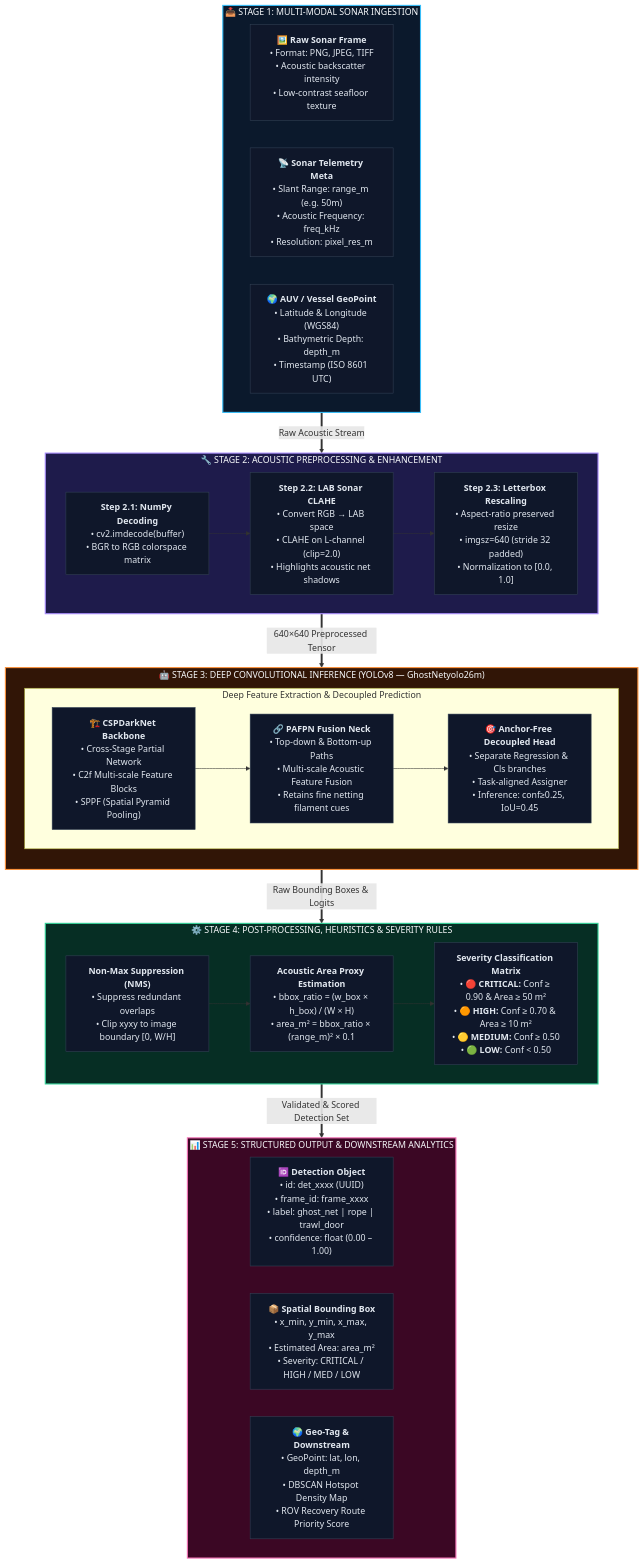
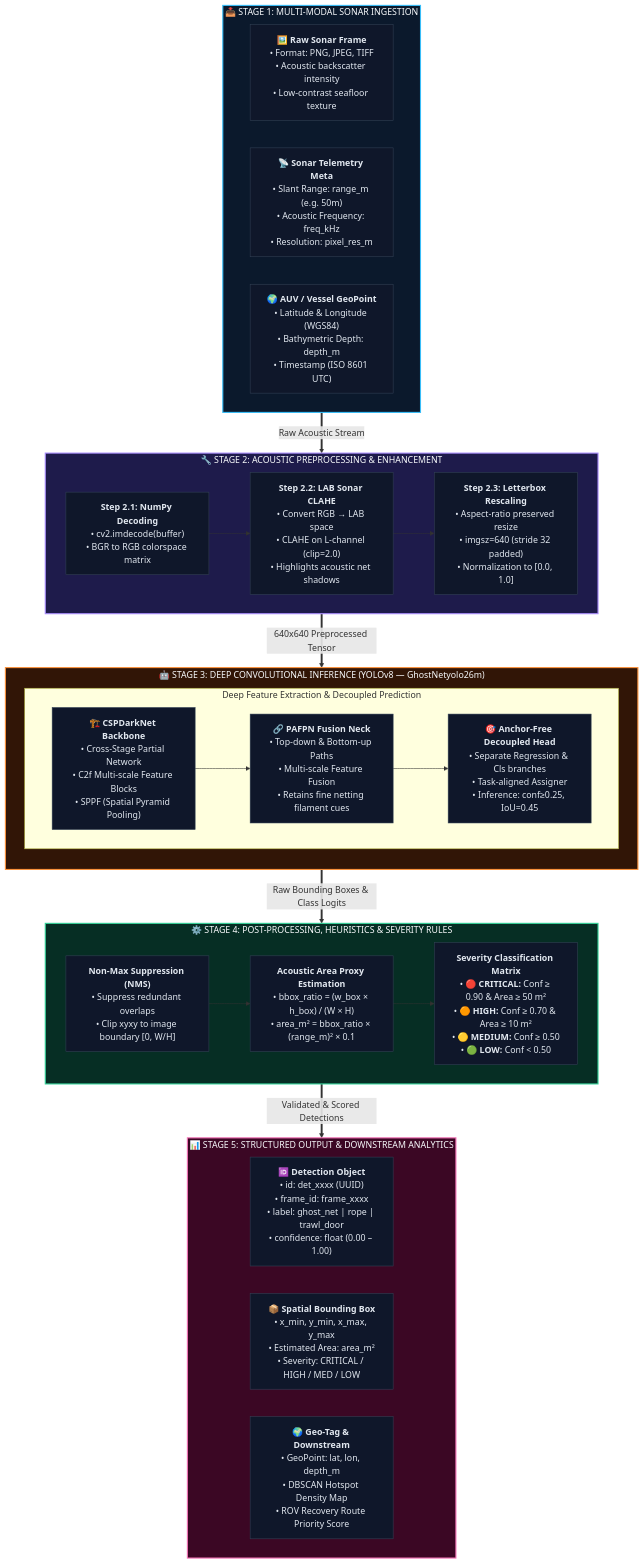
Before and after one commit to SGSShaurya5497/ghostnet: the second of 2 diagrams in README.md, drawn with Mermaid. The commit also changed other lines of this file, not shown here.

Commit message:
fix(docs): quote edge labels and format node arrows for GitHub Mermaid renderer

````diff
--- a/README.md
+++ b/README.md
@@ -106,66 +106,71 @@
 ```mermaid
 flowchart TB
     %% =======================================================
     %% GHOSTNET COMPUTER VISION INFERENCE PIPELINE
     %% =======================================================
 
     subgraph STAGE1 ["📥 STAGE 1: MULTI-MODAL SONAR INGESTION"]
         direction LR
         IN1["🖼️ <b>Raw Sonar Frame</b><br/>• Format: PNG, JPEG, TIFF<br/>• Acoustic backscatter intensity<br/>• Low-contrast seafloor texture"]
         IN2["📡 <b>Sonar Telemetry Meta</b><br/>• Slant Range: range_m (e.g. 50m)<br/>• Acoustic Frequency: freq_kHz<br/>• Resolution: pixel_res_m"]
         IN3["🌍 <b>AUV / Vessel GeoPoint</b><br/>• Latitude & Longitude (WGS84)<br/>• Bathymetric Depth: depth_m<br/>• Timestamp (ISO 8601 UTC)"]
     end
 
     subgraph STAGE2 ["🔧 STAGE 2: ACOUSTIC PREPROCESSING & ENHANCEMENT"]
         direction LR
         PR1["<b>Step 2.1: NumPy Decoding</b><br/>• cv2.imdecode(buffer)<br/>• BGR to RGB colorspace matrix"]
-        --> PR2["<b>Step 2.2: LAB Sonar CLAHE</b><br/>• Convert RGB → LAB space<br/>• CLAHE on L-channel (clip=2.0)<br/>• Highlights acoustic net shadows"]
-        --> PR3["<b>Step 2.3: Letterbox Rescaling</b><br/>• Aspect-ratio preserved resize<br/>• imgsz=640 (stride 32 padded)<br/>• Normalization to [0.0, 1.0]"]
+        PR2["<b>Step 2.2: LAB Sonar CLAHE</b><br/>• Convert RGB → LAB space<br/>• CLAHE on L-channel (clip=2.0)<br/>• Highlights acoustic net shadows"]
+        PR3["<b>Step 2.3: Letterbox Rescaling</b><br/>• Aspect-ratio preserved resize<br/>• imgsz=640 (stride 32 padded)<br/>• Normalization to [0.0, 1.0]"]
+        PR1 --> PR2
+        PR2 --> PR3
     end
 
     subgraph STAGE3 ["🤖 STAGE 3: DEEP CONVOLUTIONAL INFERENCE (YOLOv8 — GhostNetyolo26m)"]
         direction TB
         subgraph NN_INTERNAL ["Deep Feature Extraction & Decoupled Prediction"]
             direction LR
             BB["🏗️ <b>CSPDarkNet Backbone</b><br/>• Cross-Stage Partial Network<br/>• C2f Multi-scale Feature Blocks<br/>• SPPF (Spatial Pyramid Pooling)"]
-            --> NK["🔗 <b>PAFPN Fusion Neck</b><br/>• Top-down & Bottom-up Paths<br/>• Multi-scale Acoustic Feature Fusion<br/>• Retains fine netting filament cues"]
-            --> HD["🎯 <b>Anchor-Free Decoupled Head</b><br/>• Separate Regression & Cls branches<br/>• Task-aligned Assigner<br/>• Inference: conf≥0.25, IoU=0.45"]
+            NK["🔗 <b>PAFPN Fusion Neck</b><br/>• Top-down & Bottom-up Paths<br/>• Multi-scale Feature Fusion<br/>• Retains fine netting filament cues"]
+            HD["🎯 <b>Anchor-Free Decoupled Head</b><br/>• Separate Regression & Cls branches<br/>• Task-aligned Assigner<br/>• Inference: conf≥0.25, IoU=0.45"]
+            BB --> NK
+            NK --> HD
         end
     end
 
     subgraph STAGE4 ["⚙️ STAGE 4: POST-PROCESSING, HEURISTICS & SEVERITY RULES"]
         direction LR
         PO1["<b>Non-Max Suppression (NMS)</b><br/>• Suppress redundant overlaps<br/>• Clip xyxy to image boundary [0, W/H]"]
         PO2["<b>Acoustic Area Proxy Estimation</b><br/>• bbox_ratio = (w_box × h_box) / (W × H)<br/>• area_m² = bbox_ratio × (range_m)² × 0.1"]
         PO3["<b>Severity Classification Matrix</b><br/>• 🔴 <b>CRITICAL:</b> Conf ≥ 0.90 & Area ≥ 50 m²<br/>• 🟠 <b>HIGH:</b> Conf ≥ 0.70 & Area ≥ 10 m²<br/>• 🟡 <b>MEDIUM:</b> Conf ≥ 0.50<br/>• 🟢 <b>LOW:</b> Conf < 0.50"]
-        PO1 --> PO2 --> PO3
+        PO1 --> PO2
+        PO2 --> PO3
     end
 
     subgraph STAGE5 ["📊 STAGE 5: STRUCTURED OUTPUT & DOWNSTREAM ANALYTICS"]
         direction LR
         OUT1["🆔 <b>Detection Object</b><br/>• id: det_xxxx (UUID)<br/>• frame_id: frame_xxxx<br/>• label: ghost_net | rope | trawl_door<br/>• confidence: float (0.00 – 1.00)"]
         OUT2["📦 <b>Spatial Bounding Box</b><br/>• x_min, y_min, x_max, y_max<br/>• Estimated Area: area_m²<br/>• Severity: CRITICAL / HIGH / MED / LOW"]
         OUT3["🌍 <b>Geo-Tag & Downstream</b><br/>• GeoPoint: lat, lon, depth_m<br/>• DBSCAN Hotspot Density Map<br/>• ROV Recovery Route Priority Score"]
     end
 
     %% Pipeline Flow
-    STAGE1 ==>|Raw Acoustic Stream| STAGE2
-    STAGE2 ==>|640×640 Preprocessed Tensor| STAGE3
-    STAGE3 ==>|Raw Bounding Boxes & Logits| STAGE4
-    STAGE4 ==>|Validated & Scored Detection Set| STAGE5
+    STAGE1 ==>|"Raw Acoustic Stream"| STAGE2
+    STAGE2 ==>|"640x640 Preprocessed Tensor"| STAGE3
+    STAGE3 ==>|"Raw Bounding Boxes & Class Logits"| STAGE4
+    STAGE4 ==>|"Validated & Scored Detections"| STAGE5
 
     %% Styling Theme
     classDef s1Style fill:#0b192c,stroke:#38bdf8,stroke-width:2px,color:#f8fafc;
     classDef s2Style fill:#1e1b4b,stroke:#a78bfa,stroke-width:2px,color:#f8fafc;
     classDef s3Style fill:#311506,stroke:#fb923c,stroke-width:2px,color:#f8fafc;
     classDef s4Style fill:#062e24,stroke:#34d399,stroke-width:2px,color:#f8fafc;
     classDef s5Style fill:#3b0724,stroke:#f472b6,stroke-width:2px,color:#f8fafc;
     classDef cardStyle fill:#0f172a,stroke:#334155,stroke-width:1px,color:#e2e8f0;
 
     class STAGE1 s1Style;
     class STAGE2 s2Style;
     class STAGE3 s3Style;
     class STAGE4 s4Style;
     class STAGE5 s5Style;
     class IN1,IN2,IN3,PR1,PR2,PR3,BB,NK,HD,PO1,PO2,PO3,OUT1,OUT2,OUT3 cardStyle;
 ```
````
